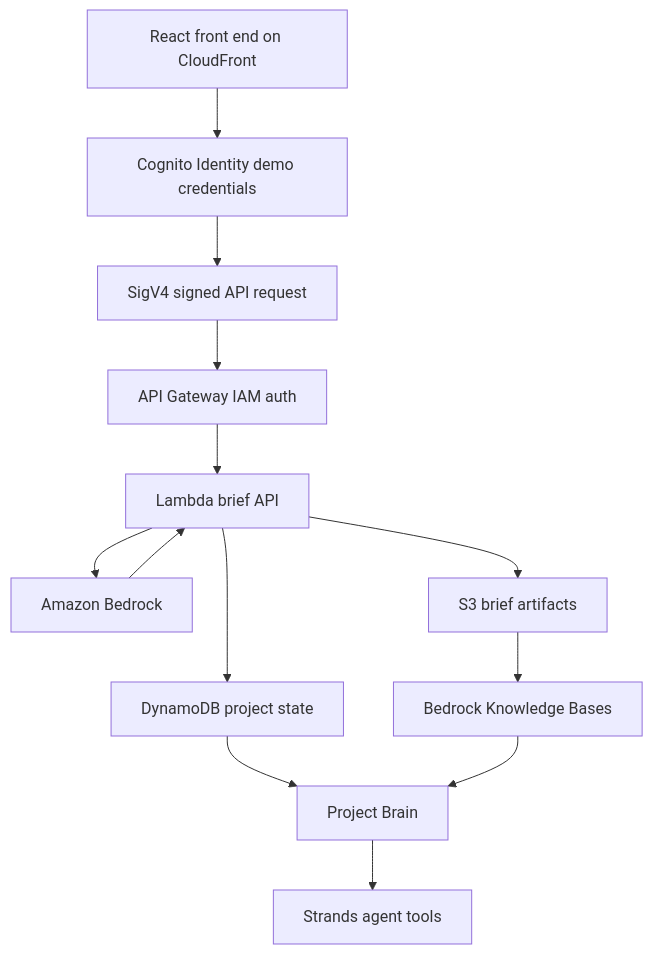
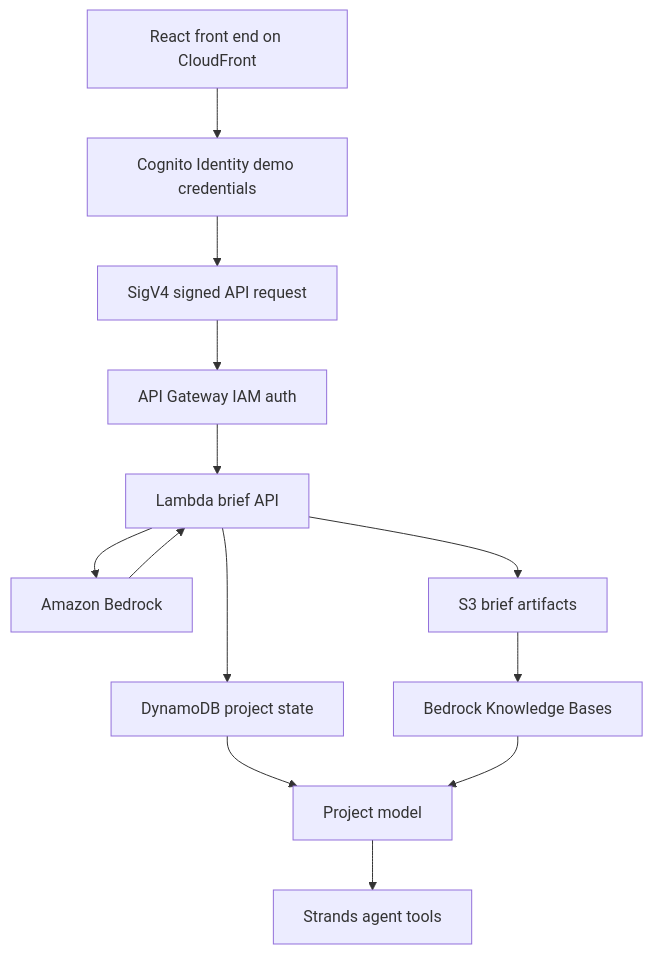
The diagram in docs/aws-architecture.md (aadams35/Pilarprep), drawn with Mermaid before and after one commit. The commit also changed other lines of this file and 11 other files, not shown here.

````diff
--- a/docs/aws-architecture.md
+++ b/docs/aws-architecture.md
@@ -5,15 +5,15 @@
 ```mermaid
 flowchart TD
   A[React front end on CloudFront] --> B[Cognito Identity demo credentials]
   B --> C[SigV4 signed API request]
   C --> D[API Gateway IAM auth]
   D --> E[Lambda brief API]
   E --> F[Amazon Bedrock]
   F --> E
   E --> G[S3 brief artifacts]
   E --> H[DynamoDB project state]
   G --> I[Bedrock Knowledge Bases]
-  H --> J[Project Brain]
+  H --> J[Project model]
   I --> J
   J --> K[Strands agent tools]
 ```
````
